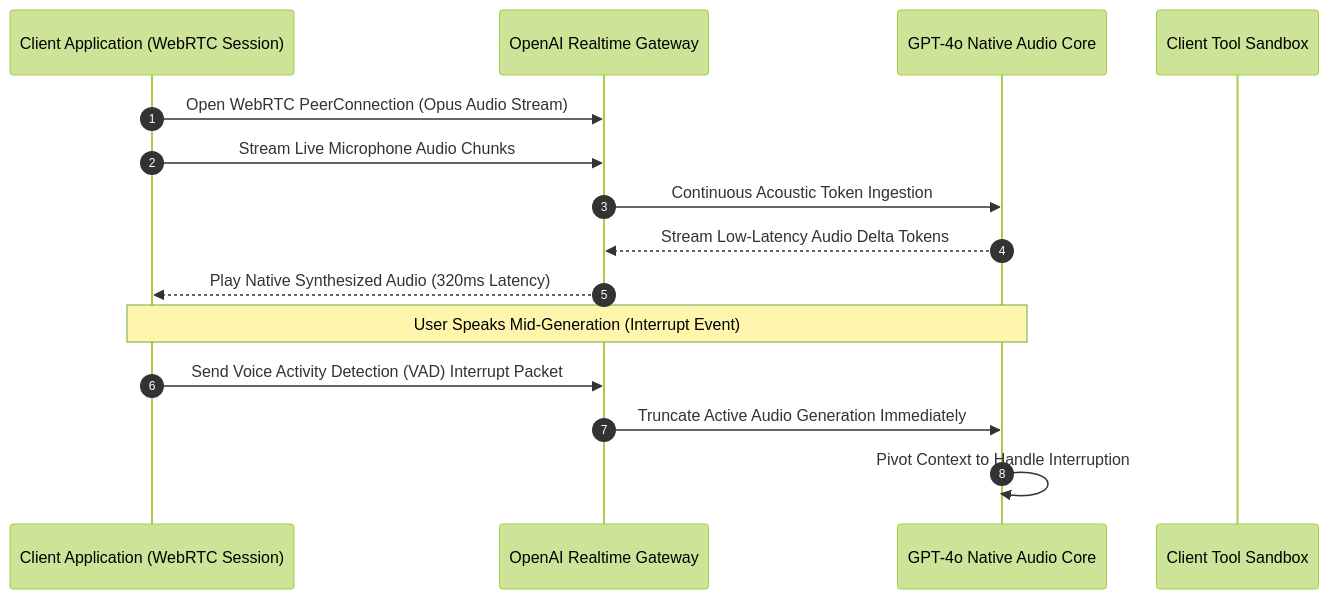
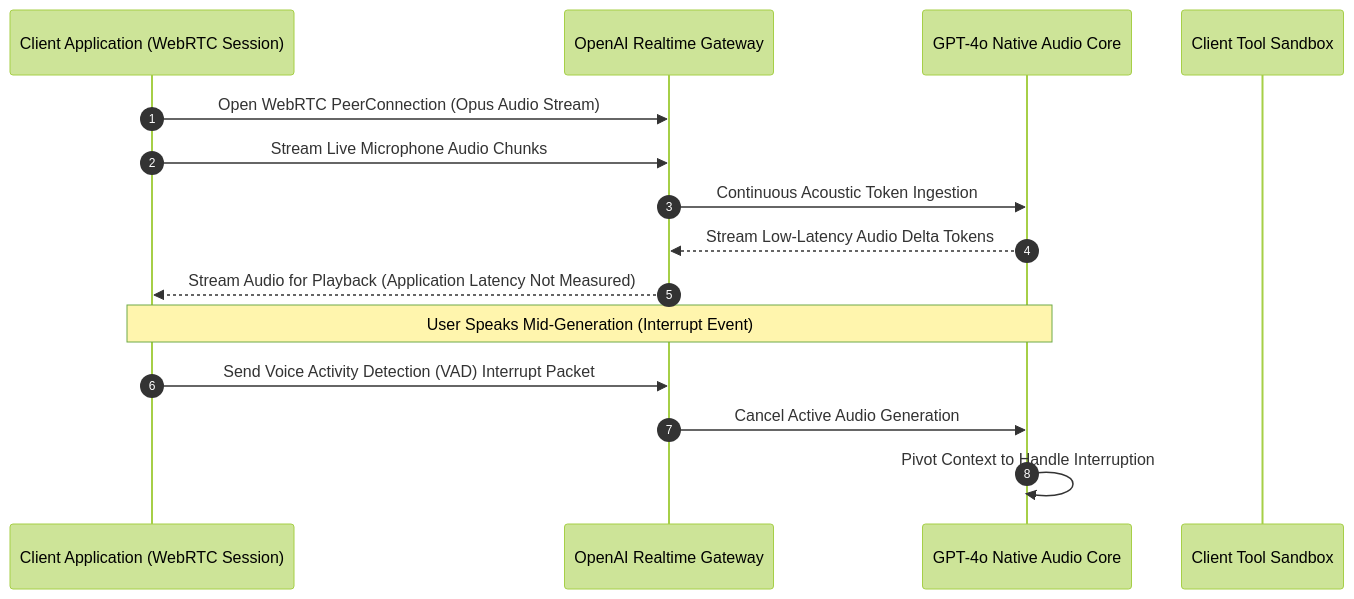
Before and after one commit to akillness/akillness.github.io: the fourth of 5 diagrams in _posts/2024/05/2024-05-14-gpt4o-release.md, drawn with Mermaid (forest theme). The commit also changed other lines of this file, not shown here.

Commit message:
fix: attribute GPT-4o voice latency to official measurements

````diff
--- a/_posts/2024/05/2024-05-14-gpt4o-release.md
+++ b/_posts/2024/05/2024-05-14-gpt4o-release.md
@@ -118,18 +129,18 @@
 ```mermaid
 sequenceDiagram
     autonumber
     participant Client as Client Application (WebRTC Session)
     participant RTServer as OpenAI Realtime Gateway
     participant AudioEngine as GPT-4o Native Audio Core
     participant ToolHandler as Client Tool Sandbox
 
     Client->>RTServer: Open WebRTC PeerConnection (Opus Audio Stream)
     Client->>RTServer: Stream Live Microphone Audio Chunks
     RTServer->>AudioEngine: Continuous Acoustic Token Ingestion
     AudioEngine-->>RTServer: Stream Low-Latency Audio Delta Tokens
-    RTServer-->>Client: Play Native Synthesized Audio (320ms Latency)
+    RTServer-->>Client: Stream Audio for Playback (Application Latency Not Measured)
     Note over Client,AudioEngine: User Speaks Mid-Generation (Interrupt Event)
     Client->>RTServer: Send Voice Activity Detection (VAD) Interrupt Packet
-    RTServer->>AudioEngine: Truncate Active Audio Generation Immediately
+    RTServer->>AudioEngine: Cancel Active Audio Generation
     AudioEngine->>AudioEngine: Pivot Context to Handle Interruption
 ```
````
